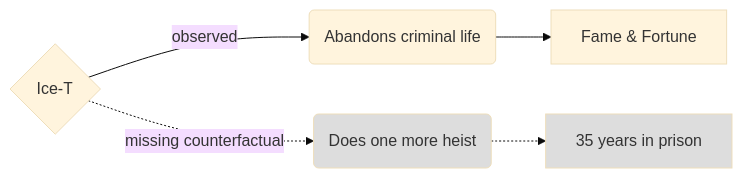
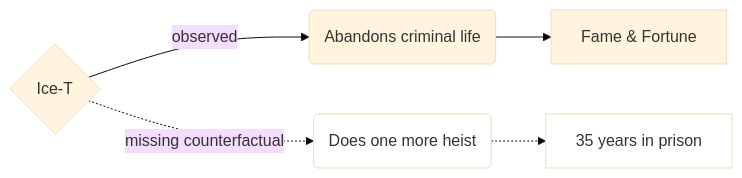
Before and after one commit to LucyMcGowan/causal-inference-in-r-slides: the first of 2 diagrams in estimating-counterfactuals.qmd, drawn with Mermaid (base theme). The commit also changed other lines of this file and 96 other files, not shown here.

````diff
--- a/estimating-counterfactuals.qmd
+++ b/estimating-counterfactuals.qmd
@@ -78,11 +94,11 @@
 ```{mermaid}
 %%| echo: false
 flowchart LR
-  A{Ice-T} --> |observed| B(Abandons criminal life)
-  A -.-> |missing counterfactual| C(Does one more heist)
-  C -.-> D[35 years in prison]
-  B --> E[Fame & Fortune]
-  
-  classDef grey fill:#ddd
-  class D,C grey
+A{Ice-T} --> |observed| B(Abandons criminal life)
+A -.-> |missing counterfactual| C(Does one more heist)
+C -.-> D[35 years in prison]
+B --> E[Fame & Fortune]
+
+classDef grey fill:#fff
+class D,C grey
 ```
````
